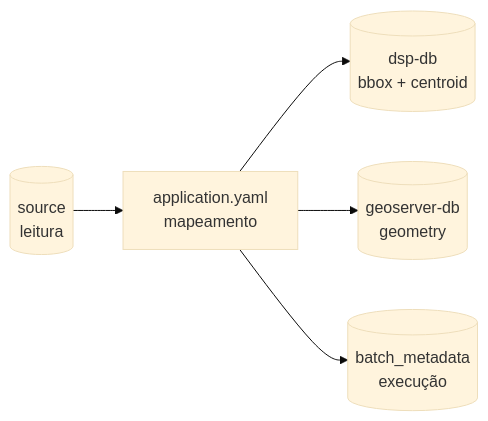
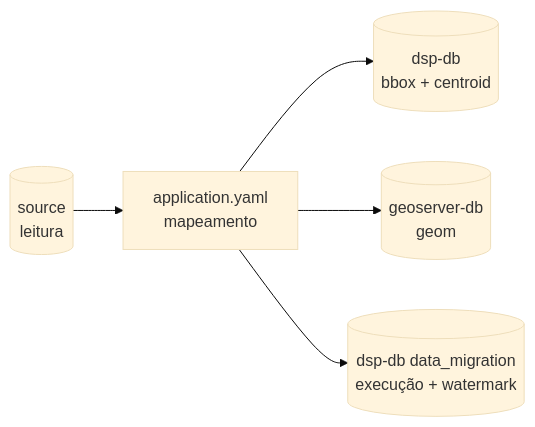
The first of 2 diagrams in docs/modules/job-data-migration/configuration.md (kleber-albino/rer-dsp-docs), drawn with Mermaid (base theme) before and after one commit. The commit also changed other lines of this file and 14 other files, not shown here.

````diff
--- a/docs/modules/job-data-migration/configuration.md
+++ b/docs/modules/job-data-migration/configuration.md
@@ -108,7 +228,7 @@
 ```mermaid
 flowchart LR
   src[("source<br/>leitura")] --> yaml[application.yaml<br/>mapeamento]
   yaml --> tgt[("dsp-db<br/>bbox + centroid")]
-  yaml --> geo[("geoserver-db<br/>geometry")]
-  yaml --> batch[("batch_metadata<br/>execução")]
+  yaml --> geo[("geoserver-db<br/>geom")]
+  yaml --> batch[("dsp-db data_migration<br/>execução + watermark")]
 ```
````
